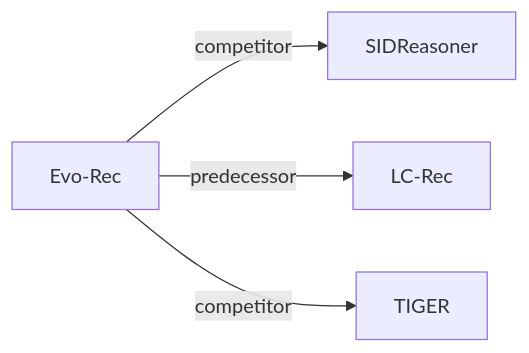
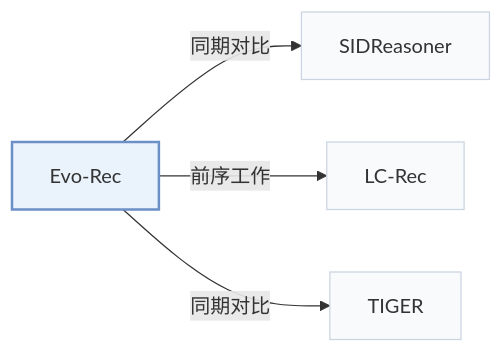
The second of 2 diagrams in pages/zh/papers/evo-rec.md (Galaxy-ghost/Awesome-SID-Generative-Rec), drawn with Mermaid before and after one commit. The commit also changed other lines of this file and 649 other files, not shown here.

Commit message:
writer-05: also tags and modality index (schema, check, build, visuals); summary field removed; calibration data for 12 papers

````diff
--- a/pages/zh/papers/evo-rec.md
+++ b/pages/zh/papers/evo-rec.md
@@ -68,7 +74,11 @@
 ```mermaid
 flowchart LR
     P["Evo-Rec"]
-    P -->|competitor| A["SIDReasoner"]
-    P -->|predecessor| B["LC-Rec"]
-    P -->|competitor| C["TIGER"]
+    P -->|"同期对比"| A["SIDReasoner"]
+    P -->|"前序工作"| B["LC-Rec"]
+    P -->|"同期对比"| C["TIGER"]
+    classDef main fill:#eaf2fb,stroke:#6b8fc7,stroke-width:2px
+    classDef peer fill:#f8fafc,stroke:#cbd5e1
+    class P main
+    class A,B,C peer
 ```
````
